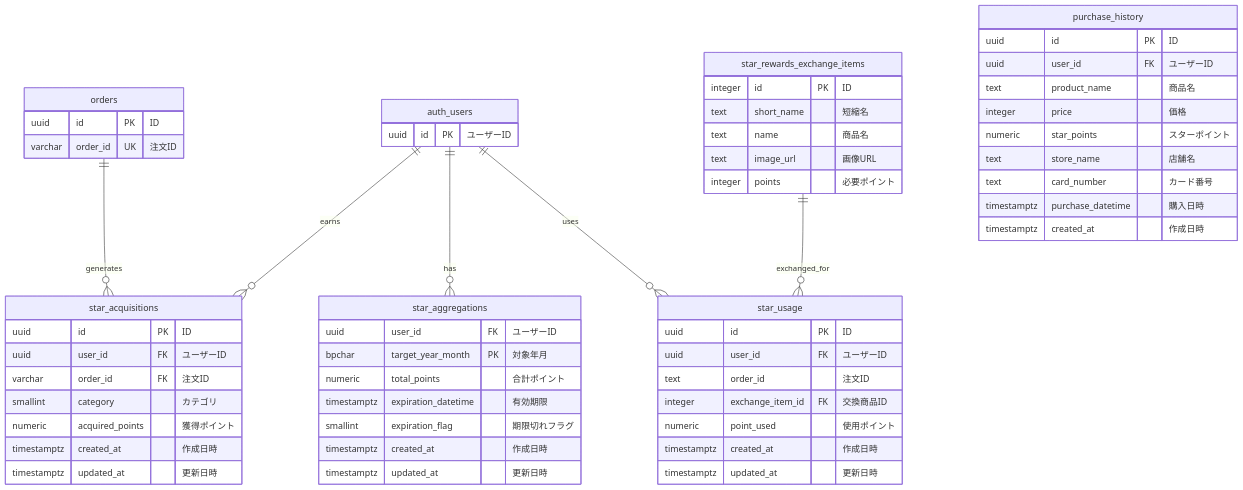
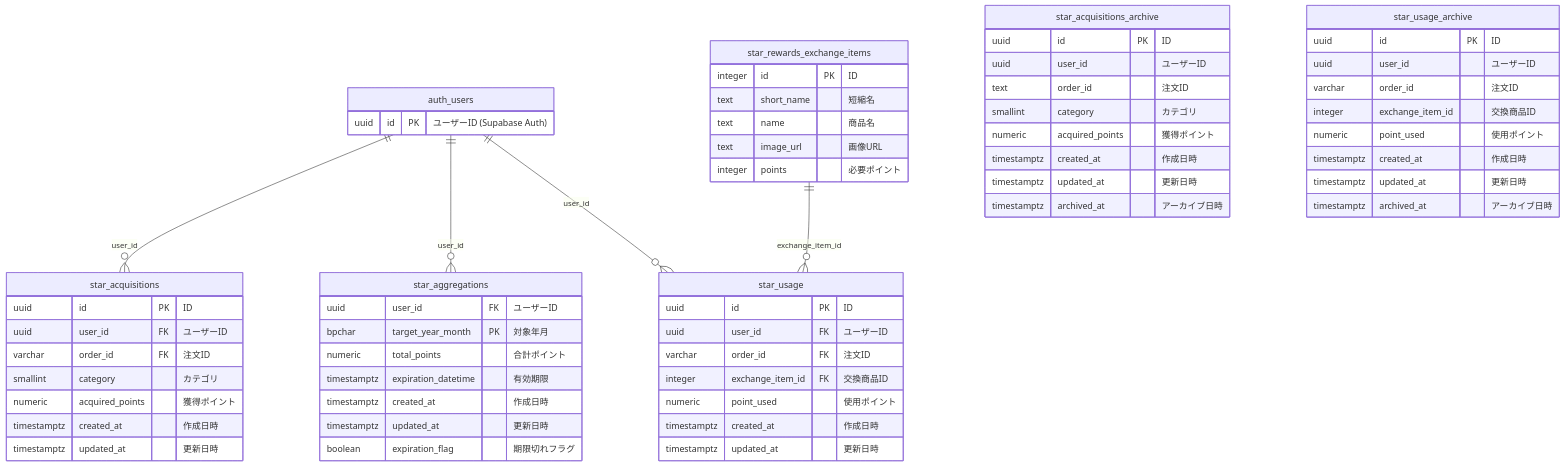
The diagram in supabase_schema/supabase/entity_relationship/er_diagram_star.mmd (eno-conan/flutter-starbucks-clone-public), drawn with Mermaid before and after one commit. The commit also changed 102 other files, not shown here.

```diff
--- a/supabase_schema/supabase/entity_relationship/er_diagram_star.mmd
+++ b/supabase_schema/supabase/entity_relationship/er_diagram_star.mmd
@@ -1,67 +1,69 @@
 erDiagram
-    %% スター・リワード関連のER図
-    
-    auth_users ||--o{ star_acquisitions : "earns"
-    auth_users ||--o{ star_aggregations : "has"
-    auth_users ||--o{ star_usage : "uses"
-    orders ||--o{ star_acquisitions : "generates"
-    star_rewards_exchange_items ||--o{ star_usage : "exchanged_for"
-    
+    auth_users ||--o{ star_acquisitions : "user_id"
+    auth_users ||--o{ star_aggregations : "user_id"
+    auth_users ||--o{ star_usage : "user_id"
+    star_rewards_exchange_items ||--o{ star_usage : "exchange_item_id"
+
     auth_users {
-        uuid id PK "ユーザーID"
+        uuid id PK "ユーザーID (Supabase Auth)"
     }
-    
-    orders {
-        uuid id PK "ID"
-        varchar order_id UK "注文ID"
-    }
-    
+
     star_acquisitions {
         uuid id PK "ID"
         uuid user_id FK "ユーザーID"
         varchar order_id FK "注文ID"
         smallint category "カテゴリ"
         numeric acquired_points "獲得ポイント"
         timestamptz created_at "作成日時"
         timestamptz updated_at "更新日時"
     }
-    
+
     star_aggregations {
         uuid user_id FK "ユーザーID"
         bpchar target_year_month PK "対象年月"
         numeric total_points "合計ポイント"
         timestamptz expiration_datetime "有効期限"
-        smallint expiration_flag "期限切れフラグ"
         timestamptz created_at "作成日時"
         timestamptz updated_at "更新日時"
+        boolean expiration_flag "期限切れフラグ"
     }
-    
+
     star_usage {
         uuid id PK "ID"
         uuid user_id FK "ユーザーID"
-        text order_id "注文ID"
+        varchar order_id FK "注文ID"
         integer exchange_item_id FK "交換商品ID"
         numeric point_used "使用ポイント"
         timestamptz created_at "作成日時"
         timestamptz updated_at "更新日時"
     }
-    
+
     star_rewards_exchange_items {
         integer id PK "ID"
         text short_name "短縮名"
         text name "商品名"
         text image_url "画像URL"
         integer points "必要ポイント"
     }
-    
-    purchase_history {
+
+    star_acquisitions_archive {
         uuid id PK "ID"
-        uuid user_id FK "ユーザーID"
-        text product_name "商品名"
-        integer price "価格"
-        numeric star_points "スターポイント"
-        text store_name "店舗名"
-        text card_number "カード番号"
-        timestamptz purchase_datetime "購入日時"
+        uuid user_id "ユーザーID"
+        text order_id "注文ID"
+        smallint category "カテゴリ"
+        numeric acquired_points "獲得ポイント"
         timestamptz created_at "作成日時"
+        timestamptz updated_at "更新日時"
+        timestamptz archived_at "アーカイブ日時"
     }
+
+    star_usage_archive {
+        uuid id PK "ID"
+        uuid user_id "ユーザーID"
+        varchar order_id "注文ID"
+        integer exchange_item_id "交換商品ID"
+        numeric point_used "使用ポイント"
+        timestamptz created_at "作成日時"
+        timestamptz updated_at "更新日時"
+        timestamptz archived_at "アーカイブ日時"
+    }
```
